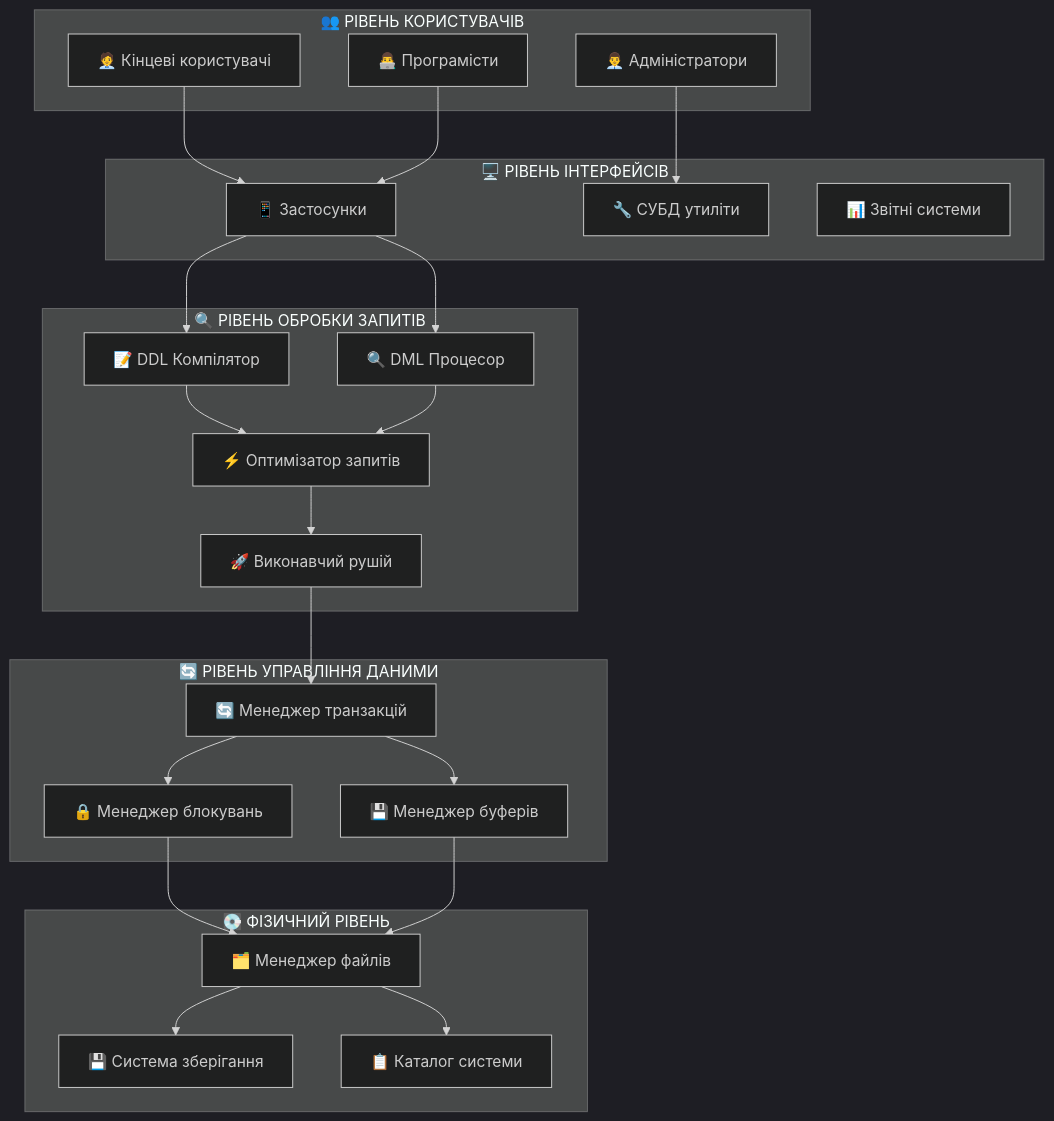
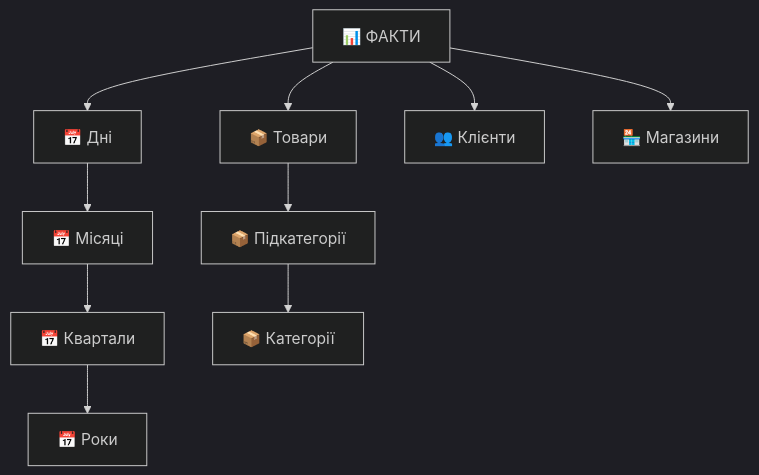
One commit to olroi421/course-bd changed diagram 12 of 14 in presentations/presentation-02.md. Above: the diagram before and after it, drawn with Mermaid (dark theme). The commit also changed other lines of this file and 7 other files, not shown here.

````diff
--- a/presentations/presentation-02.md
+++ b/presentations/presentation-02.md
@@ -346,49 +408,9 @@
 ```mermaid
-graph TB
-    subgraph "👥 РІВЕНЬ КОРИСТУВАЧІВ"
-        A[🧑‍💼 Кінцеві користувачі]
-        B[👨‍💻 Програмісти]
-        C[👨‍💼 Адміністратори]
-    end
-
-    subgraph "🖥️ РІВЕНЬ ІНТЕРФЕЙСІВ"
-        D[📱 Застосунки]
-        E[🔧 СУБД утиліти]
-        F[📊 Звітні системи]
-    end
-
-    subgraph "🔍 РІВЕНЬ ОБРОБКИ ЗАПИТІВ"
-        G[📝 DDL Компілятор]
-        H[🔍 DML Процесор]
-        I[⚡ Оптимізатор запитів]
-        J[🚀 Виконавчий рушій]
-    end
-
-    subgraph "🔄 РІВЕНЬ УПРАВЛІННЯ ДАНИМИ"
-        K[🔄 Менеджер транзакцій]
-        L[🔒 Менеджер блокувань]
-        M[💾 Менеджер буферів]
-    end
-
-    subgraph "💽 ФІЗИЧНИЙ РІВЕНЬ"
-        N[🗂️ Менеджер файлів]
-        O[💾 Система зберігання]
-        P[📋 Каталог системи]
-    end
-
-    A --> D
-    B --> D
-    C --> E
-    D --> G
-    D --> H
-    G --> I
-    H --> I
-    I --> J
-    J --> K
-    K --> L
-    K --> M
-    L --> N
-    M --> N
-    N --> O
-    N --> P
+graph TD
+    A[📅 Дні] --> B[📅 Місяці] --> C[📅 Квартали] --> D[📅 Роки]
+    E[📦 Товари] --> F[📦 Підкатегорії] --> G[📦 Категорії]
+    H[📊 ФАКТИ] --> A
+    H --> E
+    H --> I[👥 Клієнти]
+    H --> J[🏪 Магазини]
 ```
````
